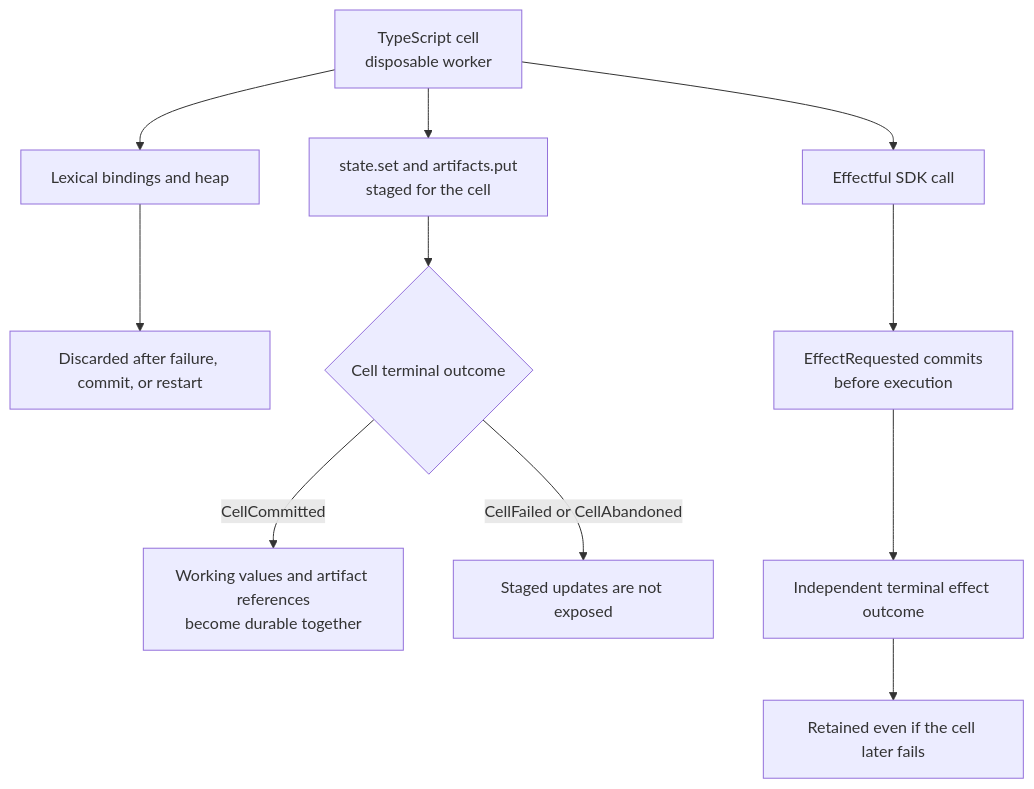
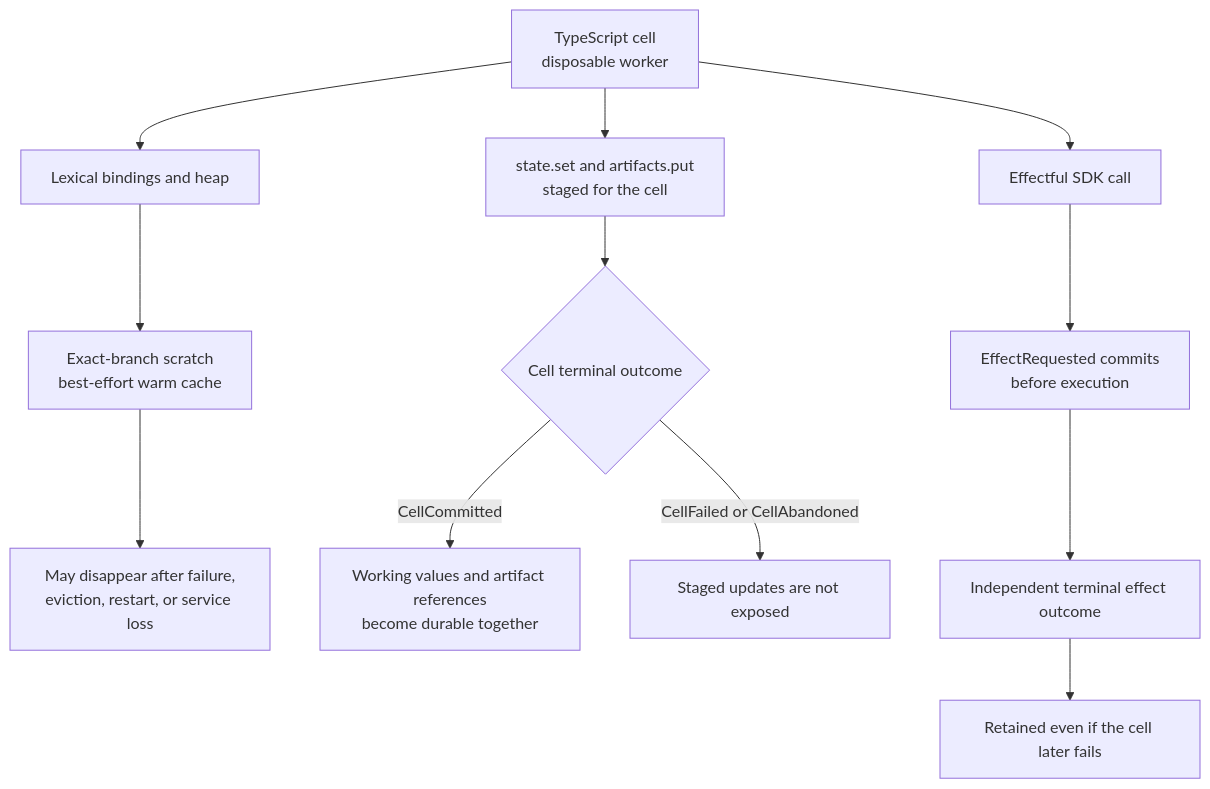
The diagram in docs/console-sdk.md (kousun12/agencity), drawn with Mermaid before and after one commit. The commit also changed other lines of this file and 23 other files, not shown here.

First line of the commit message:
feat: complete console scratch product flow

````diff
--- a/docs/console-sdk.md
+++ b/docs/console-sdk.md
@@ -55,17 +56,18 @@
 ```mermaid
 flowchart TD
     cell["TypeScript cell<br/>disposable worker"]
 
     cell --> heap["Lexical bindings and heap"]
-    heap --> discarded["Discarded after failure, commit, or restart"]
+    heap --> scratch["Exact-branch scratch<br/>best-effort warm cache"]
+    scratch --> discarded["May disappear after failure,<br/>eviction, restart, or service loss"]
 
     cell --> staged["state.set and artifacts.put<br/>staged for the cell"]
     staged --> terminal{"Cell terminal outcome"}
     terminal -->|"CellCommitted"| exposed["Working values and artifact references<br/>become durable together"]
     terminal -->|"CellFailed or CellAbandoned"| hidden["Staged updates are not exposed"]
 
     cell --> sdk["Effectful SDK call"]
     sdk --> request["EffectRequested commits<br/>before execution"]
     request --> outcome["Independent terminal effect outcome"]
     outcome --> retained["Retained even if the cell later fails"]
 ```
````
